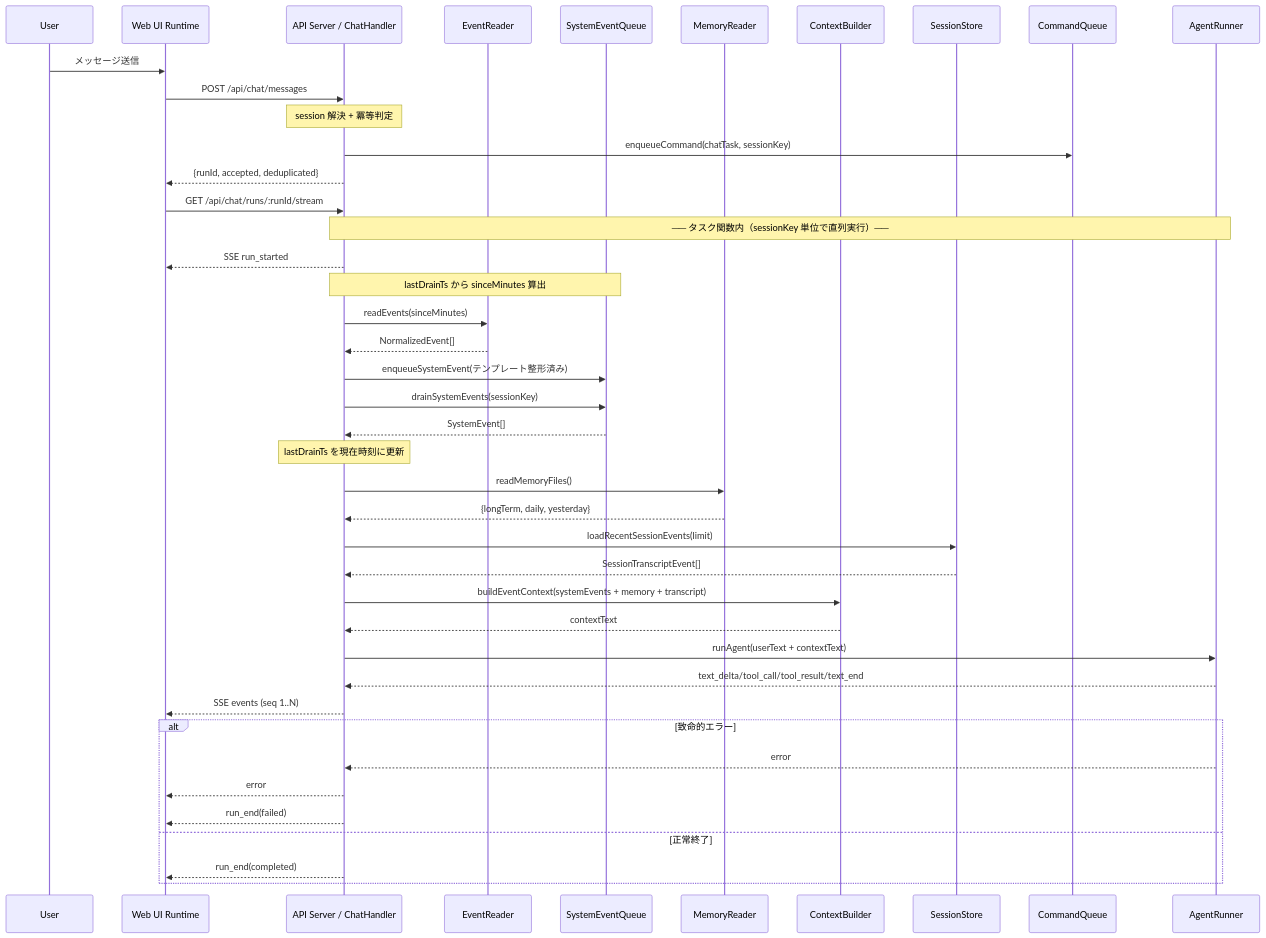
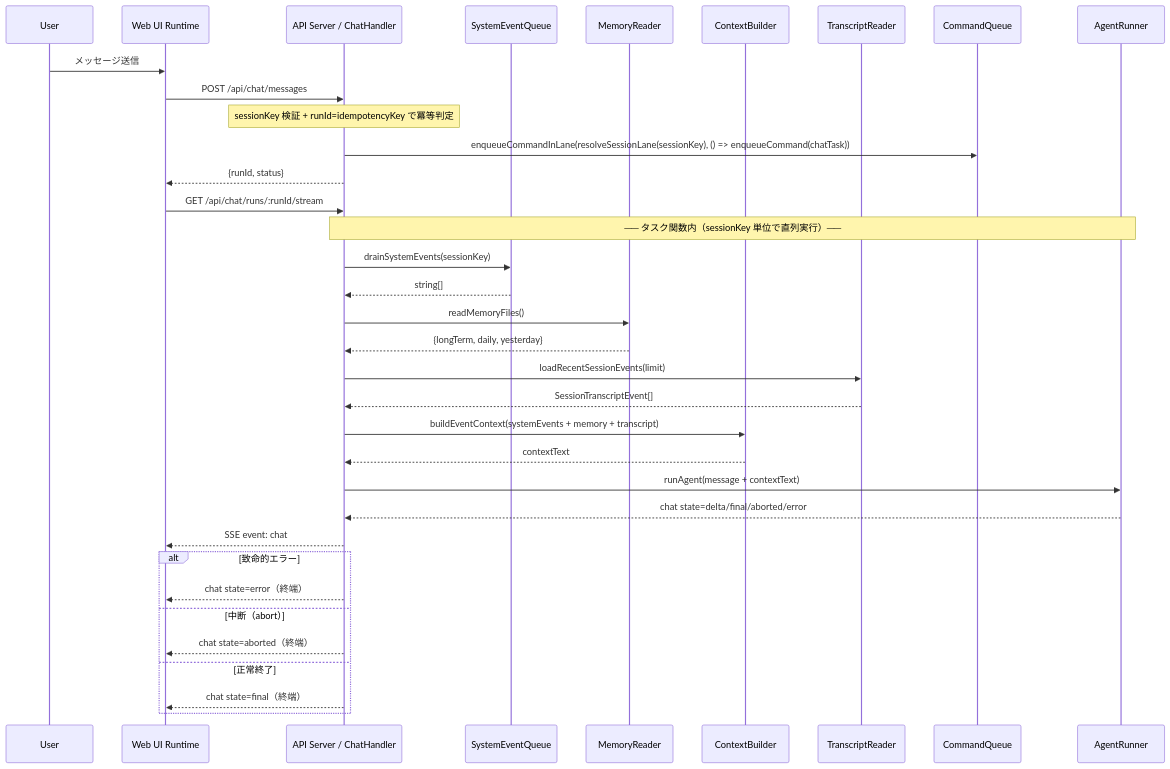
One commit to masahide/adjutant changed the second of 2 diagrams in doc/plan/260215-s03-api-and-ui.md. Above: the diagram before and after it, drawn with Mermaid. The commit also changed other lines of this file and 3 other files, not shown here.

````diff
--- a/doc/plan/260215-s03-api-and-ui.md
+++ b/doc/plan/260215-s03-api-and-ui.md
@@ -370,48 +352,41 @@
 ```mermaid
 sequenceDiagram
   participant User
   participant UI as Web UI Runtime
   participant API as API Server / ChatHandler
-  participant ER as EventReader
   participant SEQ as SystemEventQueue
   participant MR as MemoryReader
   participant CB as ContextBuilder
-  participant SS as SessionStore
+  participant TR as TranscriptReader
   participant CQ as CommandQueue
   participant AR as AgentRunner
 
   User->>UI: メッセージ送信
   UI->>API: POST /api/chat/messages
 
-  Note over API: session 解決 + 冪等判定
+  Note over API: sessionKey 検証 + runId=idempotencyKey で冪等判定
 
-  API->>CQ: enqueueCommand(chatTask, sessionKey)
-  API-->>UI: {runId, accepted, deduplicated}
+  API->>CQ: enqueueCommandInLane(resolveSessionLane(sessionKey), () => enqueueCommand(chatTask))
+  API-->>UI: {runId, status}
   UI->>API: GET /api/chat/runs/:runId/stream
 
   Note over API,AR: ── タスク関数内（sessionKey 単位で直列実行）──
-  API-->>UI: SSE run_started
-  Note over API,SEQ: lastDrainTs から sinceMinutes 算出
-  API->>ER: readEvents(sinceMinutes)
-  ER-->>API: NormalizedEvent[]
-  API->>SEQ: enqueueSystemEvent(テンプレート整形済み)
   API->>SEQ: drainSystemEvents(sessionKey)
-  SEQ-->>API: SystemEvent[]
-  Note over API: lastDrainTs を現在時刻に更新
+  SEQ-->>API: string[]
   API->>MR: readMemoryFiles()
   MR-->>API: {longTerm, daily, yesterday}
-  API->>SS: loadRecentSessionEvents(limit)
-  SS-->>API: SessionTranscriptEvent[]
+  API->>TR: loadRecentSessionEvents(limit)
+  TR-->>API: SessionTranscriptEvent[]
   API->>CB: buildEventContext(systemEvents + memory + transcript)
   CB-->>API: contextText
-  API->>AR: runAgent(userText + contextText)
-  AR-->>API: text_delta/tool_call/tool_result/text_end
-  API-->>UI: SSE events (seq 1..N)
+  API->>AR: runAgent(message + contextText)
+  AR-->>API: chat state=delta/final/aborted/error
+  API-->>UI: SSE event: chat
   alt 致命的エラー
-    AR-->>API: error
-    API-->>UI: error
-    API-->>UI: run_end(failed)
+    API-->>UI: chat state=error（終端）
+  else 中断（abort）
+    API-->>UI: chat state=aborted（終端）
   else 正常終了
-    API-->>UI: run_end(completed)
+    API-->>UI: chat state=final（終端）
   end
 ```
````
